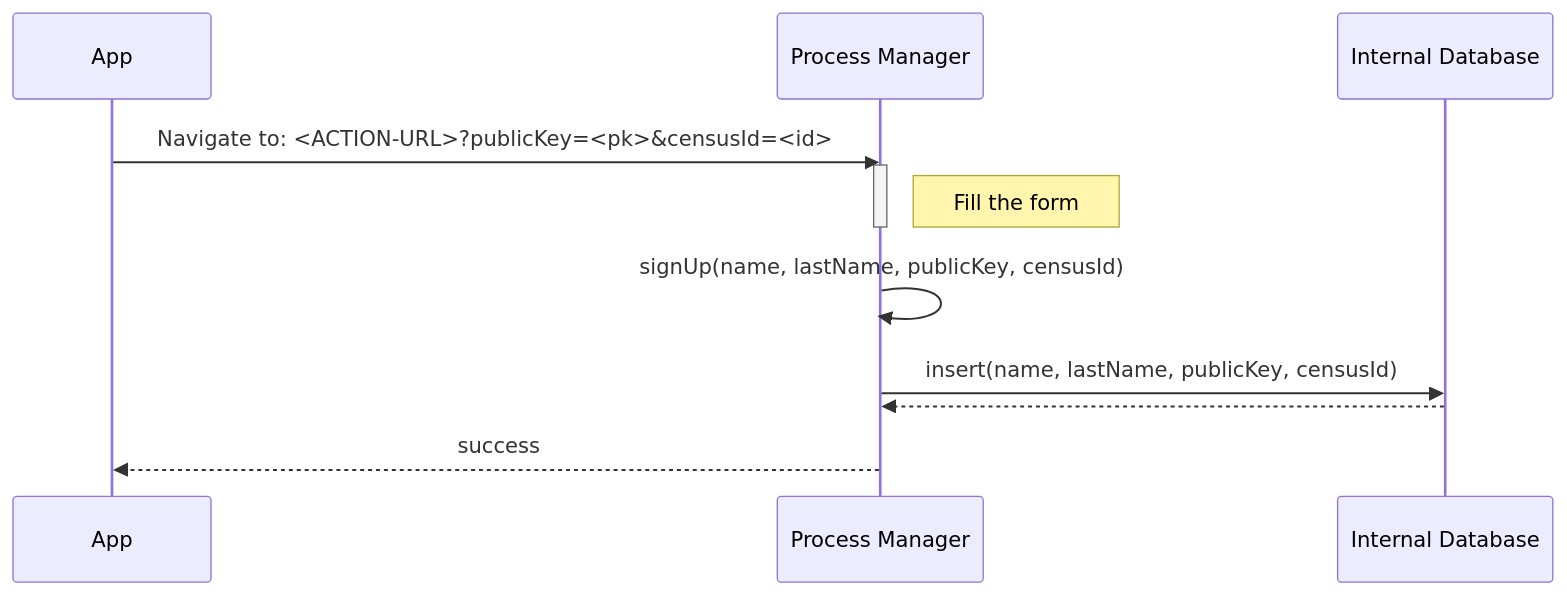
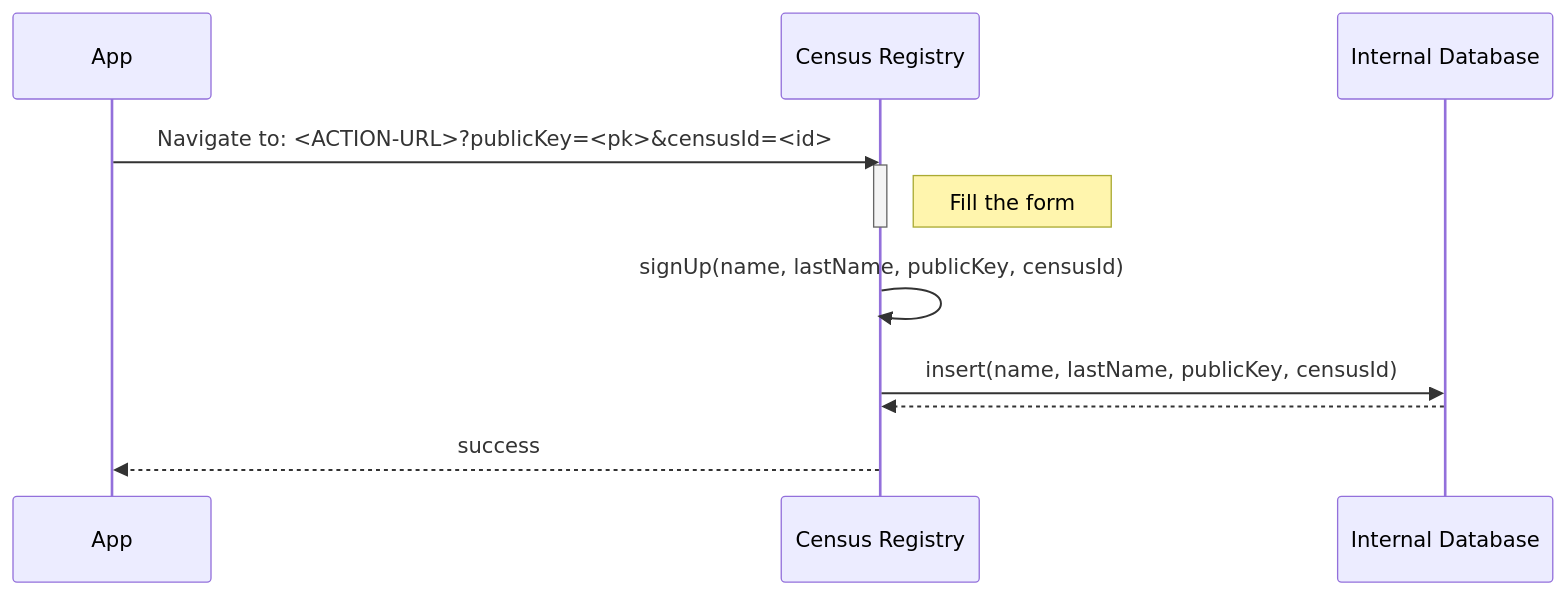
Before and after one commit to vocdoni/docs: the fifth of 15 diagrams in docs/protocol/sequence-diagrams.md, drawn with Mermaid. The commit also changed other lines of this file and 6 other files, not shown here.

````diff
--- a/docs/protocol/sequence-diagrams.md
+++ b/docs/protocol/sequence-diagrams.md
@@ -113,18 +113,18 @@
 ```mermaid
 sequenceDiagram
     participant App
-    participant PM as Process Manager
+    participant CR as Census Registry
     participant DB as Internal Database
 
-    App->>PM: Navigate to: <ACTION-URL>?publicKey=<pk>&censusId=<id>
-        activate PM
-            Note right of PM: Fill the form
-        deactivate PM
+    App->>CR: Navigate to: <ACTION-URL>?publicKey=<pk>&censusId=<id>
+        activate CR
+            Note right of CR: Fill the form
+        deactivate CR
 
-        PM->>PM: signUp(name, lastName, publicKey, censusId)
+        CR->>CR: signUp(name, lastName, publicKey, censusId)
 
-        PM->>DB: insert(name, lastName, publicKey, censusId)
-        DB-->>PM: 
-    PM-->>App: success
+        CR->>DB: insert(name, lastName, publicKey, censusId)
+        DB-->>CR: 
+    CR-->>App: success
 
 ```
````
